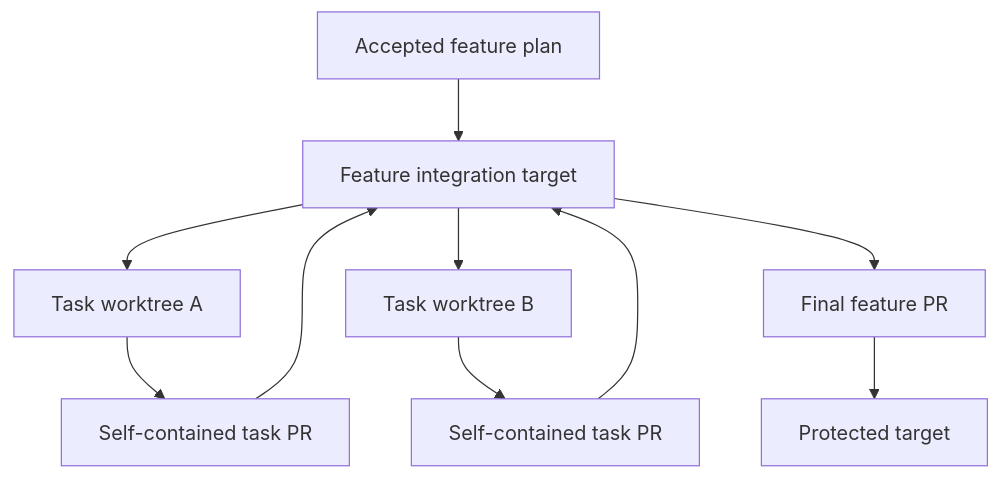
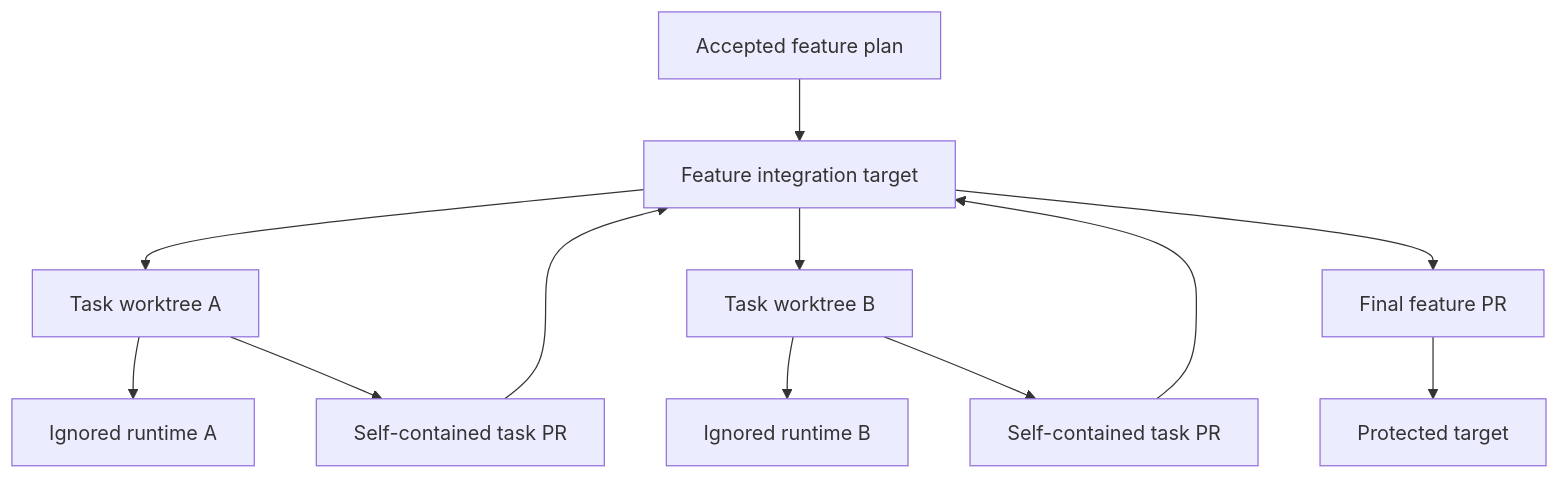
One commit to hhhhhusky777/spec-driven-delivery-playbook changed the tenth of 10 diagrams in README.md. Above: the diagram before and after it, drawn with Mermaid. The commit also changed other lines of this file and 2 other files, not shown here.

First line of the commit message:
Persist and isolate the installer runtime (#75)

````diff
--- a/README.md
+++ b/README.md
@@ -369,12 +376,14 @@
 ```mermaid
 flowchart TD
     F["Accepted feature plan"] --> B["Feature integration target"]
     B --> T1["Task worktree A"]
     B --> T2["Task worktree B"]
+    T1 --> R1["Ignored runtime A"]
+    T2 --> R2["Ignored runtime B"]
     T1 --> P1["Self-contained task PR"]
     T2 --> P2["Self-contained task PR"]
     P1 --> B
     P2 --> B
     B --> FP["Final feature PR"]
     FP --> M["Protected target"]
 ```
````
